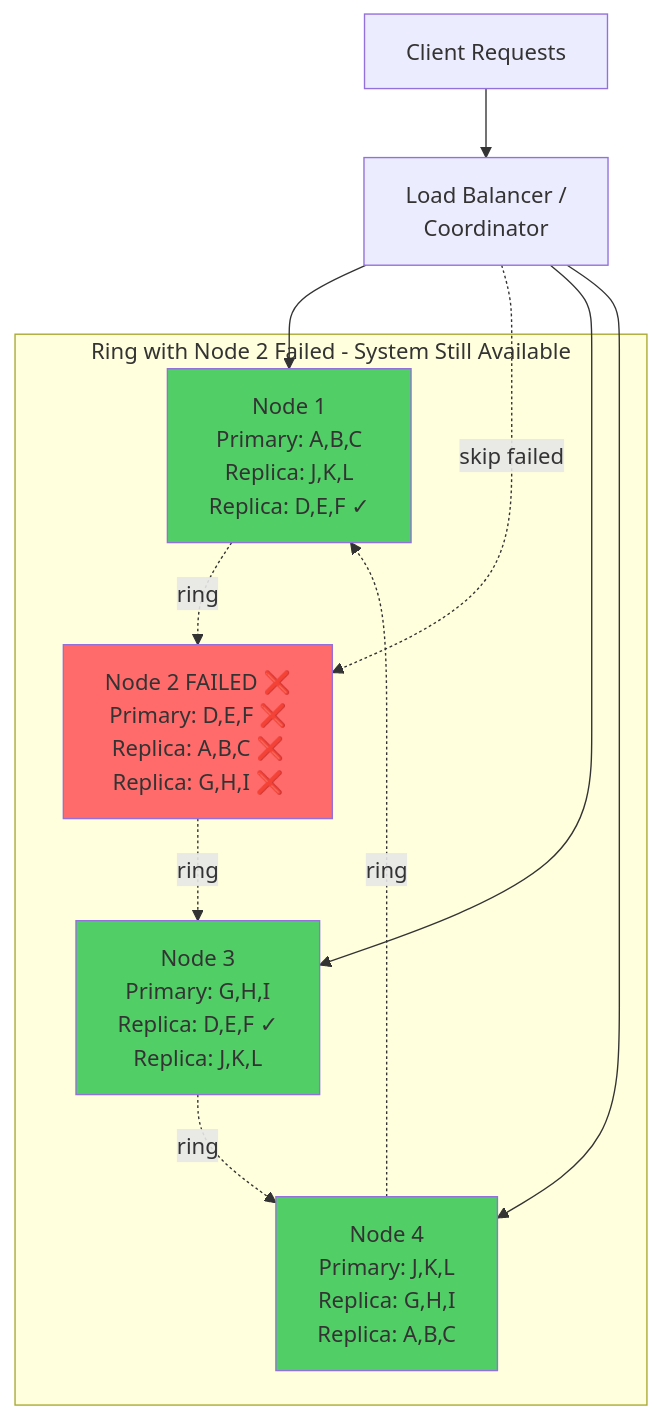
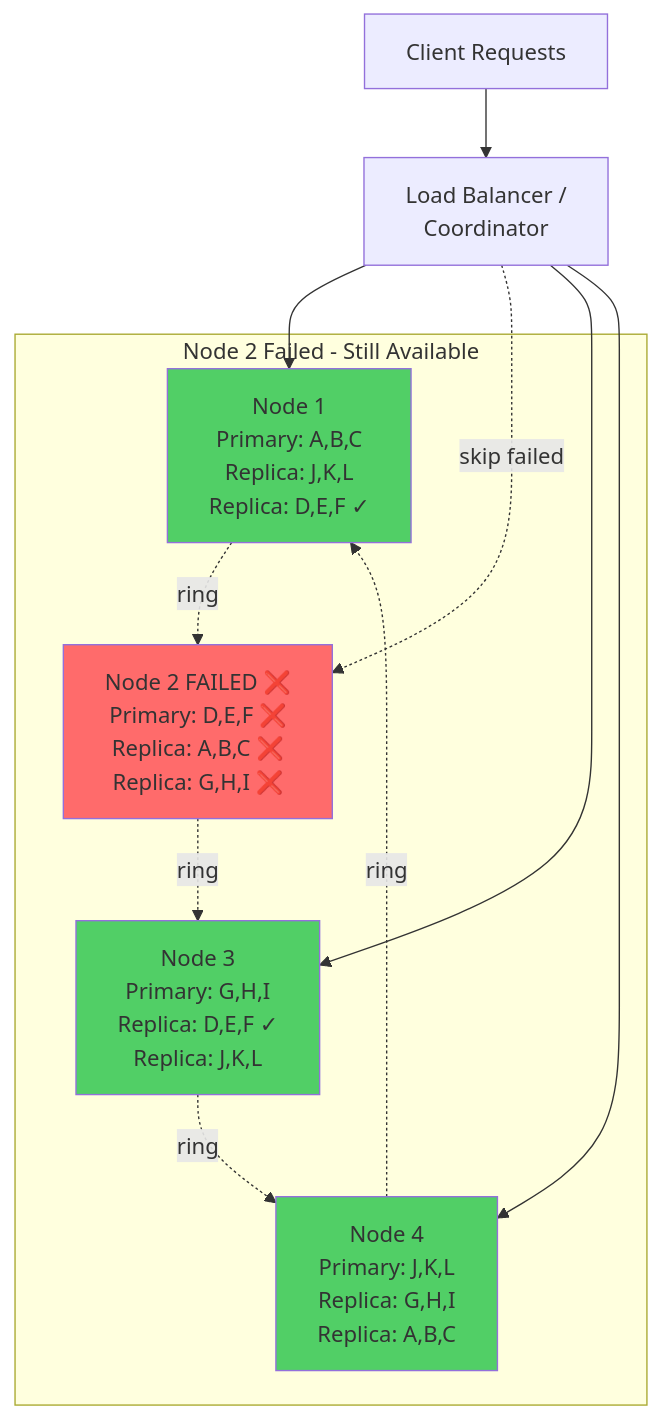
One commit to jellis206/cs-diagrams changed the sixth of 16 diagrams in reliable_systems.md. Above: the diagram before and after it, drawn with Mermaid. The commit also changed other lines of this file, not shown here.

````diff
--- a/reliable_systems.md
+++ b/reliable_systems.md
@@ -253,28 +253,28 @@
 ```mermaid
 graph TB
     Client[Client Requests]
     LB[Load Balancer /<br/>Coordinator]
 
-    subgraph "Ring with Node 2 Failed - System Still Available"
+    subgraph FailoverRing["Node 2 Failed - Still Available"]
         N1[Node 1<br/>Primary: A,B,C<br/>Replica: J,K,L<br/>Replica: D,E,F ✓]
         N2[Node 2 FAILED ❌<br/>Primary: D,E,F ❌<br/>Replica: A,B,C ❌<br/>Replica: G,H,I ❌]
         N3[Node 3<br/>Primary: G,H,I<br/>Replica: D,E,F ✓<br/>Replica: J,K,L]
         N4[Node 4<br/>Primary: J,K,L<br/>Replica: G,H,I<br/>Replica: A,B,C]
 
         N1 -.->|ring| N2
         N2 -.->|ring| N3
         N3 -.->|ring| N4
         N4 -.->|ring| N1
     end
 
     Client --> LB
     LB --> N1
     LB -.->|skip failed| N2
     LB --> N3
     LB --> N4
 
     style N1 fill:#51cf66
     style N2 fill:#ff6b6b
     style N3 fill:#51cf66
     style N4 fill:#51cf66
 ```
````
